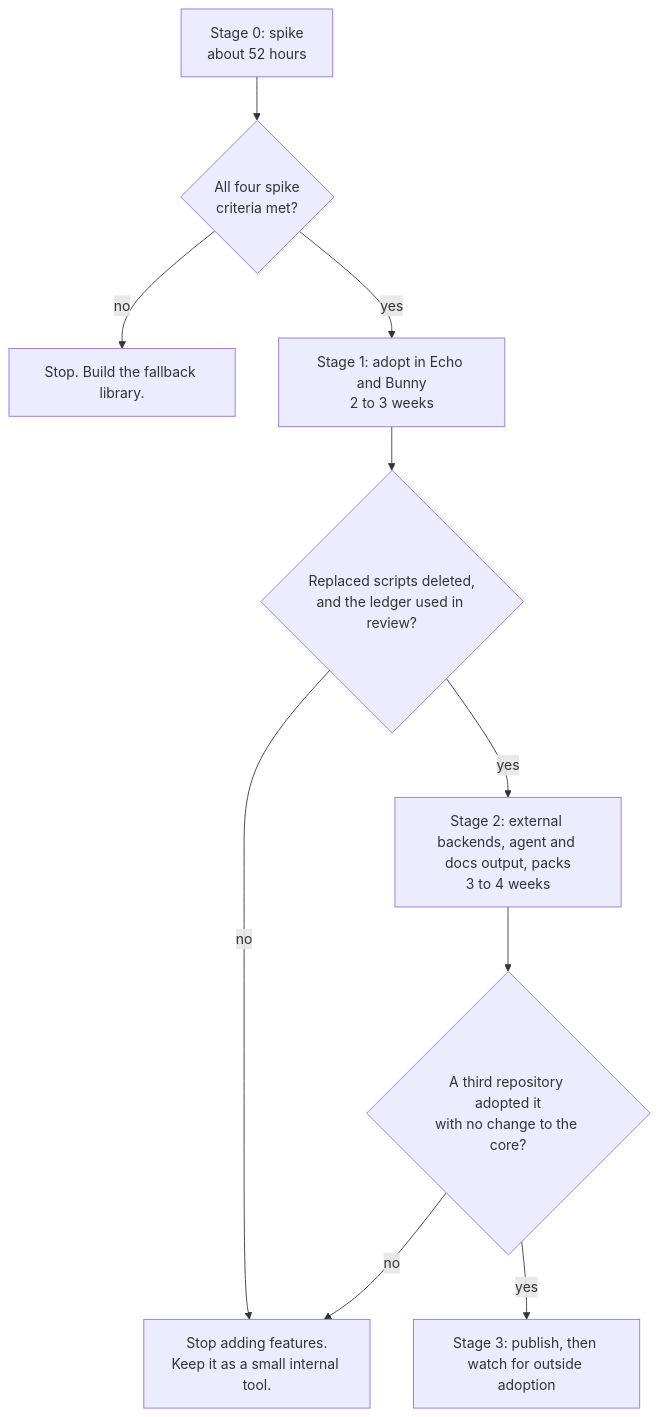
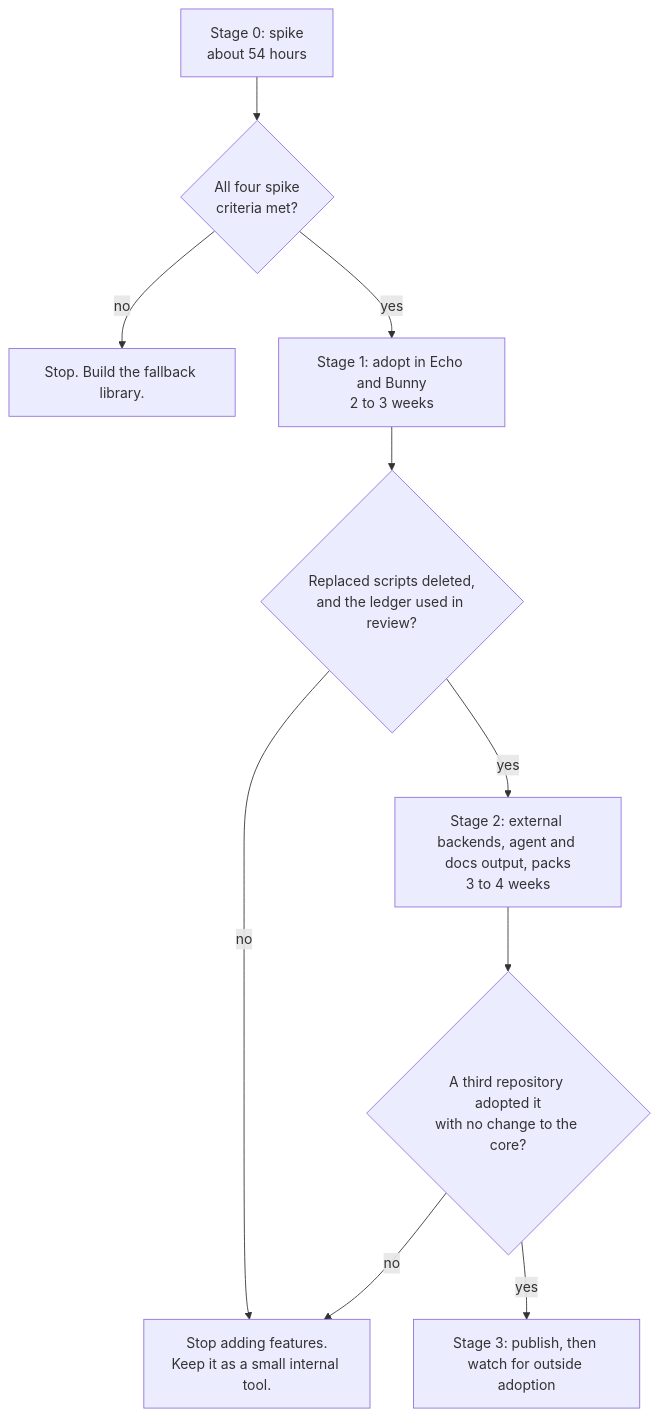
Before and after one commit to flyingrobots/regulate: the second of 2 diagrams in docs/proposal/landscape-and-recommendation.md, drawn with Mermaid. The commit also changed 4 other files, not shown here.

````diff
--- a/docs/proposal/landscape-and-recommendation.md
+++ b/docs/proposal/landscape-and-recommendation.md
@@ -250,12 +250,12 @@
 ```mermaid
 flowchart TD
-  s0["Stage 0: spike<br/>about 52 hours"] --> q0{"All four spike<br/>criteria met?"}
+  s0["Stage 0: spike<br/>about 54 hours"] --> q0{"All four spike<br/>criteria met?"}
   q0 -- no --> pb["Stop. Build the fallback library."]
   q0 -- yes --> s1["Stage 1: adopt in Echo and Bunny<br/>2 to 3 weeks"]
   s1 --> q1{"Replaced scripts deleted,<br/>and the ledger used in review?"}
   q1 -- no --> keep["Stop adding features.<br/>Keep it as a small internal tool."]
   q1 -- yes --> s2["Stage 2: external backends, agent and docs output, packs<br/>3 to 4 weeks"]
   s2 --> q2{"A third repository adopted it<br/>with no change to the core?"}
   q2 -- no --> keep
   q2 -- yes --> s3["Stage 3: publish, then watch for outside adoption"]
 ```
````
